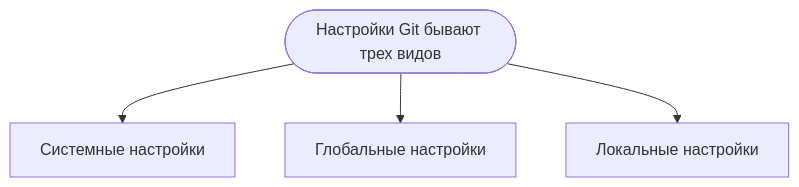
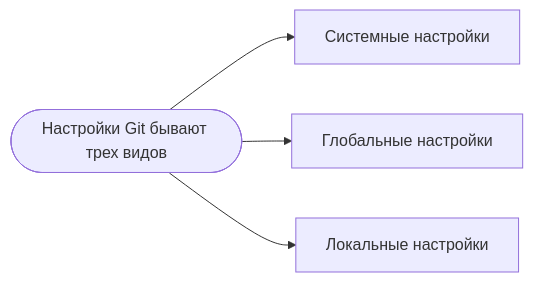
Before and after one commit to DenisMaksakov/Roadmap: the first of 2 diagrams in docs/manuals/git.md, drawn with Mermaid. The commit also changed other lines of this file, not shown here.

````diff
--- a/docs/manuals/git.md
+++ b/docs/manuals/git.md
@@ -37,6 +37,6 @@
 ```mermaid
-graph TD;
+graph LR;
     A([Настройки Git бывают трех видов]) --> B[Системные настройки];
     A --> C[Глобальные настройки];
     A --> D[Локальные настройки];
 ```
````
